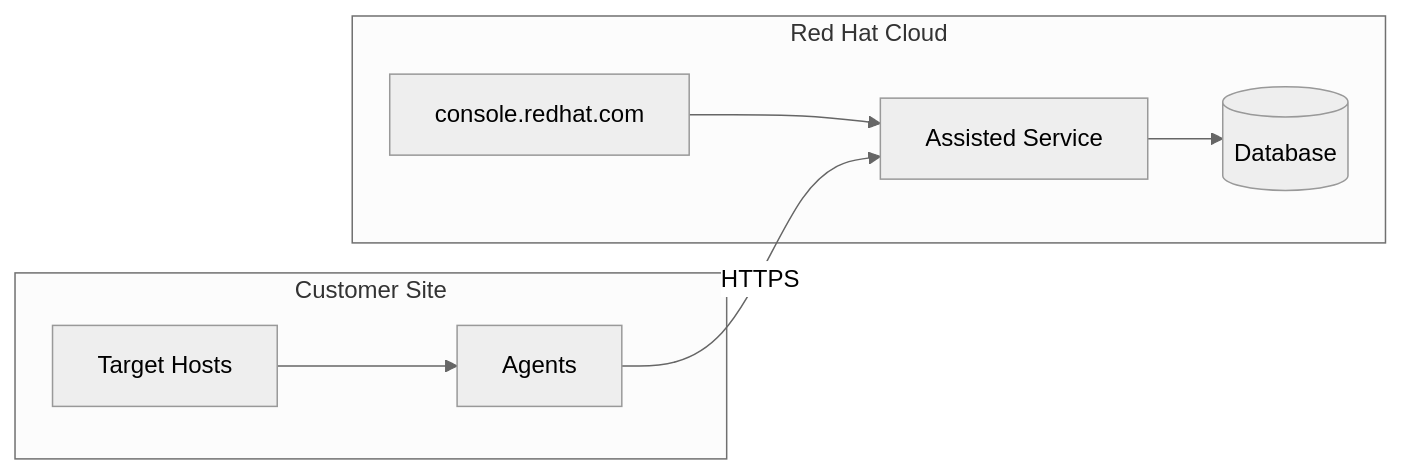
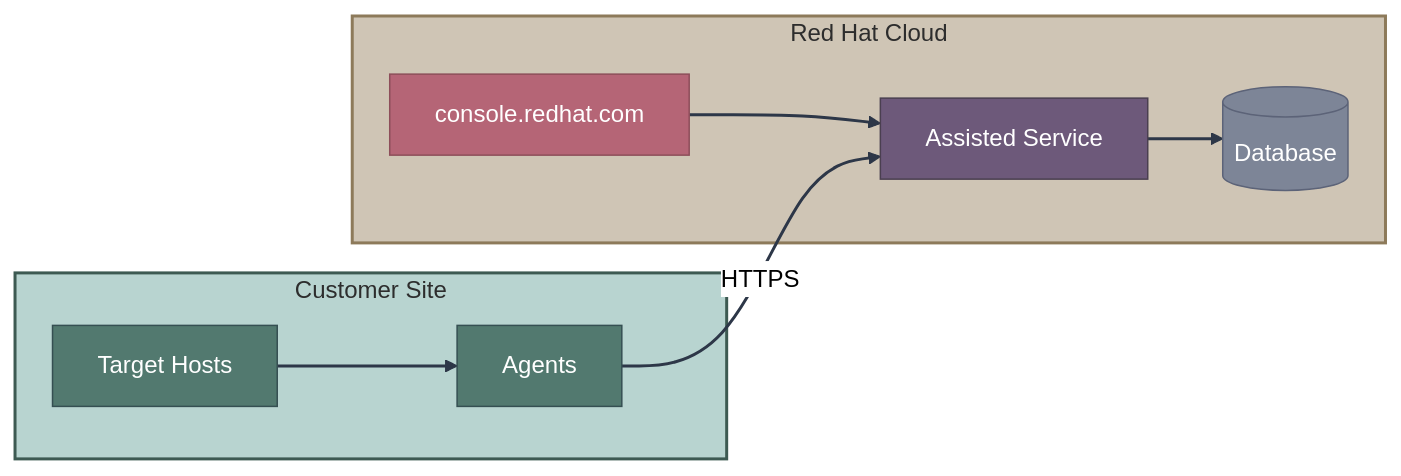
Before and after one commit to zszabo-rh/openshift-install-guide: the fourth of 8 diagrams in 03-assisted-installation/overview.md, drawn with Mermaid (neutral theme). The commit also changed other lines of this file and 16 other files, not shown here.

Commit message:
improved diagram style

````diff
--- a/03-assisted-installation/overview.md
+++ b/03-assisted-installation/overview.md
@@ -155,18 +183,29 @@
 ```mermaid
 graph LR
-    subgraph "Red Hat Cloud"
+    subgraph cloud["Red Hat Cloud"]
         CONSOLE[console.redhat.com]
         SERVICE[Assisted Service]
         DB[(Database)]
     end
     
-    subgraph "Customer Site"
+    subgraph customer["Customer Site"]
         HOSTS[Target Hosts]
         AGENT[Agents]
     end
     
     CONSOLE --> SERVICE
     SERVICE --> DB
     AGENT -->|HTTPS| SERVICE
     HOSTS --> AGENT
+    
+    style CONSOLE fill:#b56576,stroke:#8d4e5a,color:#fff
+    style SERVICE fill:#6d597a,stroke:#4a3f50,color:#fff
+    style DB fill:#7d8597,stroke:#5c6378,color:#fff
+    style HOSTS fill:#52796f,stroke:#354f52,color:#fff
+    style AGENT fill:#52796f,stroke:#354f52,color:#fff
+    
+    style cloud fill:#cfc5b5,stroke:#8d7a5a,stroke-width:2px,color:#2d2d2d
+    style customer fill:#b8d4d0,stroke:#3d5a52,stroke-width:2px,color:#2d2d2d
+    
+    linkStyle default stroke:#2d3748,stroke-width:2px
 ```
````
